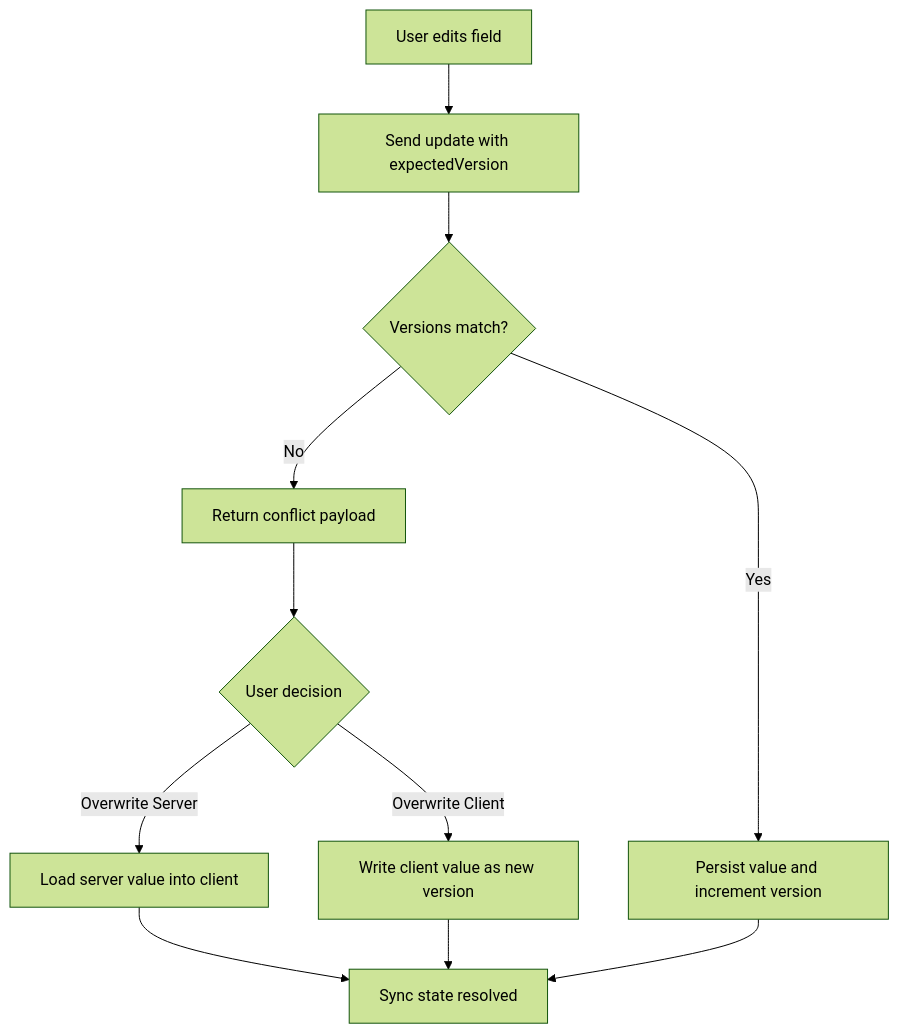
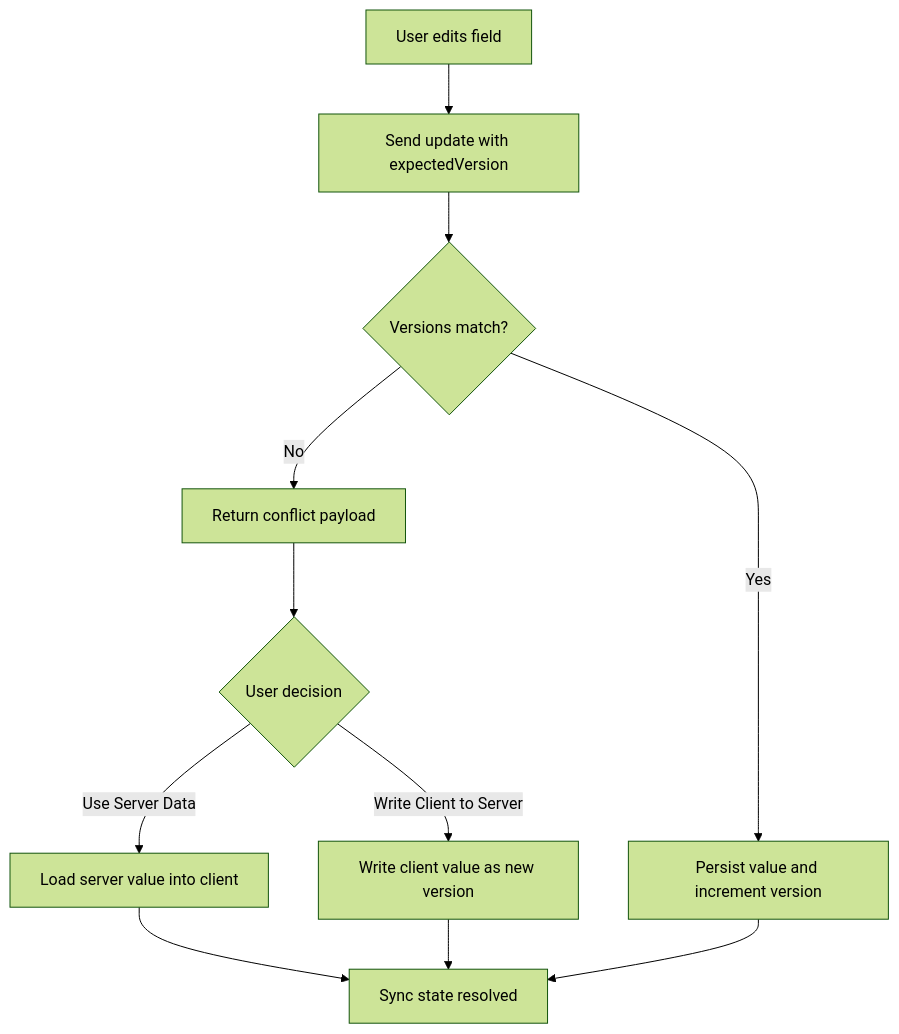
The fourth of 6 diagrams in apps/sst/README.md (hoschi/all-personal-projects), drawn with Mermaid (forest theme) before and after one commit. The commit also changed other lines of this file and 4 other files, not shown here.

````diff
--- a/apps/sst/README.md
+++ b/apps/sst/README.md
@@ -114,13 +116,13 @@
 ```mermaid
 flowchart TD
   Start[User edits field] --> Send[Send update with expectedVersion]
   Send --> Compare{Versions match?}
   Compare -->|Yes| Save[Persist value and increment version]
   Compare -->|No| Conflict[Return conflict payload]
   Conflict --> Choice{User decision}
-  Choice -->|Overwrite Server| Pull[Load server value into client]
-  Choice -->|Overwrite Client| Force[Write client value as new version]
+  Choice -->|Use Server Data| Pull[Load server value into client]
+  Choice -->|Write Client to Server| Force[Write client value as new version]
   Pull --> Done[Sync state resolved]
   Force --> Done
   Save --> Done
 ```
````
